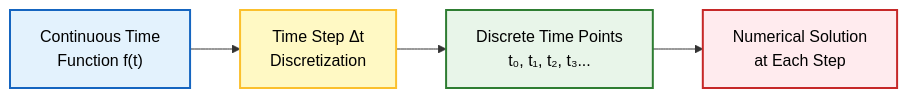
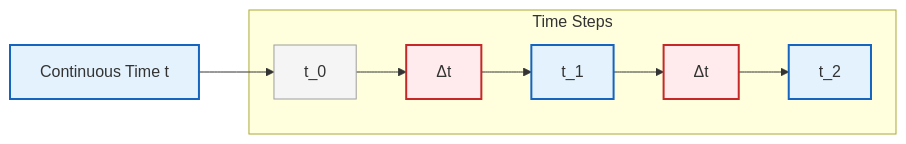
One commit to wramet/build-my-cfd changed the first of 5 diagrams in MODULE_01_CFD_FUNDAMENTALS/CONTENT/02_FINITE_VOLUME_METHOD/04_Temporal_Discretization.md. Above: the diagram before and after it, drawn with Mermaid. The commit also changed other lines of this file and 313 other files, not shown here.

Commit message:
Revise all diagram

````diff
--- a/MODULE_01_CFD_FUNDAMENTALS/CONTENT/02_FINITE_VOLUME_METHOD/04_Temporal_Discretization.md
+++ b/MODULE_01_CFD_FUNDAMENTALS/CONTENT/02_FINITE_VOLUME_METHOD/04_Temporal_Discretization.md
@@ -7,11 +7,18 @@
 ```mermaid
 graph LR
-    A["Continuous Time<br/>Function f(t)"] --> B["Time Step Δt<br/>Discretization"]
-    B --> C["Discrete Time Points<br/>t₀, t₁, t₂, t₃..."]
-    C --> D["Numerical Solution<br/>at Each Step"]
+%% Timeline
+TimeCont["Continuous Time t"]:::implicit
+subgraph DiscreteSteps["Time Steps"]
+    t0["t_0"]:::context
+    dt1["Δt"]:::explicit
+    t1["t_1"]:::implicit
+    dt2["Δt"]:::explicit
+    t2["t_2"]:::implicit
+end
+TimeCont --> t0 --> dt1 --> t1 --> dt2 --> t2
 
-    style A fill:#e3f2fd,stroke:#1565c0,stroke-width:2px,color:#000;
-    style B fill:#fff9c4,stroke:#fbc02d,stroke-width:2px,color:#000;
-    style C fill:#e8f5e9,stroke:#2e7d32,stroke-width:2px,color:#000;
-    style D fill:#ffebee,stroke:#c62828,stroke-width:2px,color:#000;
+%% Classes
+classDef implicit fill:#e3f2fd,stroke:#1565c0,stroke-width:2px
+classDef explicit fill:#ffebee,stroke:#c62828,stroke-width:2px
+classDef context fill:#f5f5f5,stroke:#9e9e9e,stroke-width:1px
 ```
````
